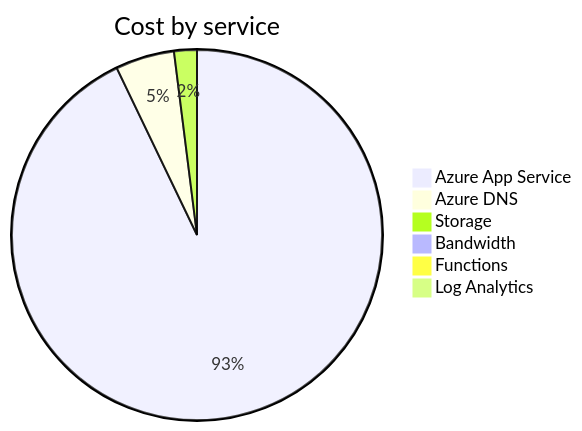
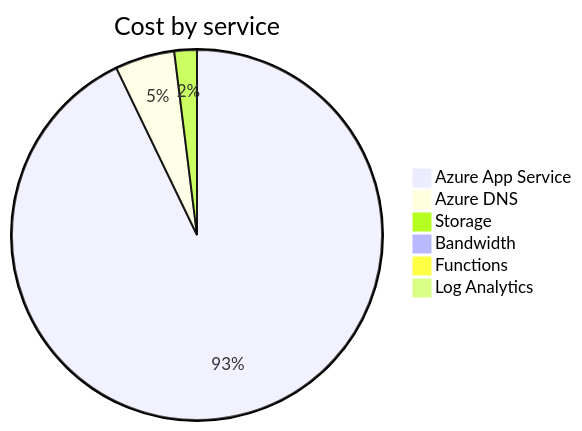
Before and after one commit to jpfulton/azure-personal-reports: the second of 4 diagrams in cost-reports/accumulated-cost.md, drawn with Mermaid. The commit also changed other lines of this file and 4 other files, not shown here.

````diff
--- a/cost-reports/accumulated-cost.md
+++ b/cost-reports/accumulated-cost.md
@@ -98,10 +98,10 @@
 ```mermaid
 pie
    title Cost by service
-   "Azure App Service" : 11.20
-   "Azure DNS" : 0.62
-   "Storage" : 0.24
+   "Azure App Service" : 11.79
+   "Azure DNS" : 0.66
+   "Storage" : 0.25
    "Bandwidth" : 0.00
    "Functions" : 0.00
    "Log Analytics" : 0.00
 ```
````
